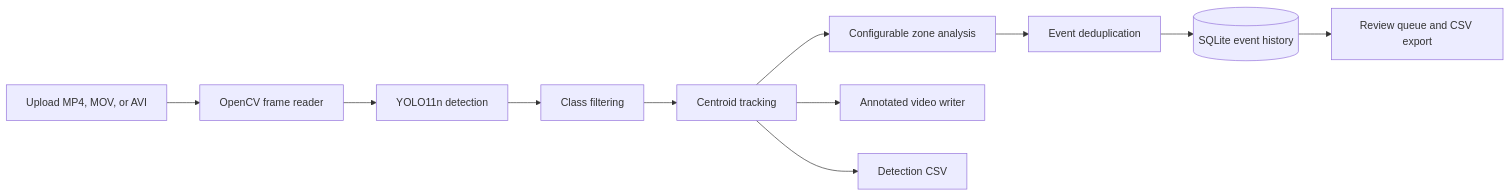
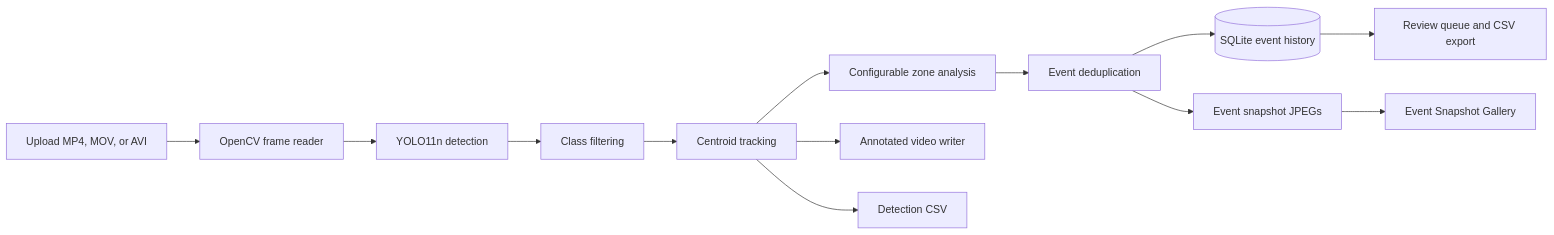
The first of 5 diagrams in README.md (harshitcodes1308/PT-007-AI-Based-Battlefield-Surveillance-and-Threat-Detection-System), drawn with Mermaid before and after one commit. The commit also changed other lines of this file and 5 other files, not shown here.

Commit message:
feat: add event snapshot gallery

````diff
--- a/README.md
+++ b/README.md
@@ -43,13 +44,15 @@
 ```mermaid
 flowchart LR
     A[Upload MP4, MOV, or AVI] --> B[OpenCV frame reader]
     B --> C[YOLO11n detection]
     C --> D[Class filtering]
     D --> E[Centroid tracking]
     E --> F[Configurable zone analysis]
     F --> G[Event deduplication]
     G --> H[(SQLite event history)]
+    G --> S[Event snapshot JPEGs]
     E --> I[Annotated video writer]
     E --> J[Detection CSV]
     H --> K[Review queue and CSV export]
+    S --> L[Event Snapshot Gallery]
 ```
````
